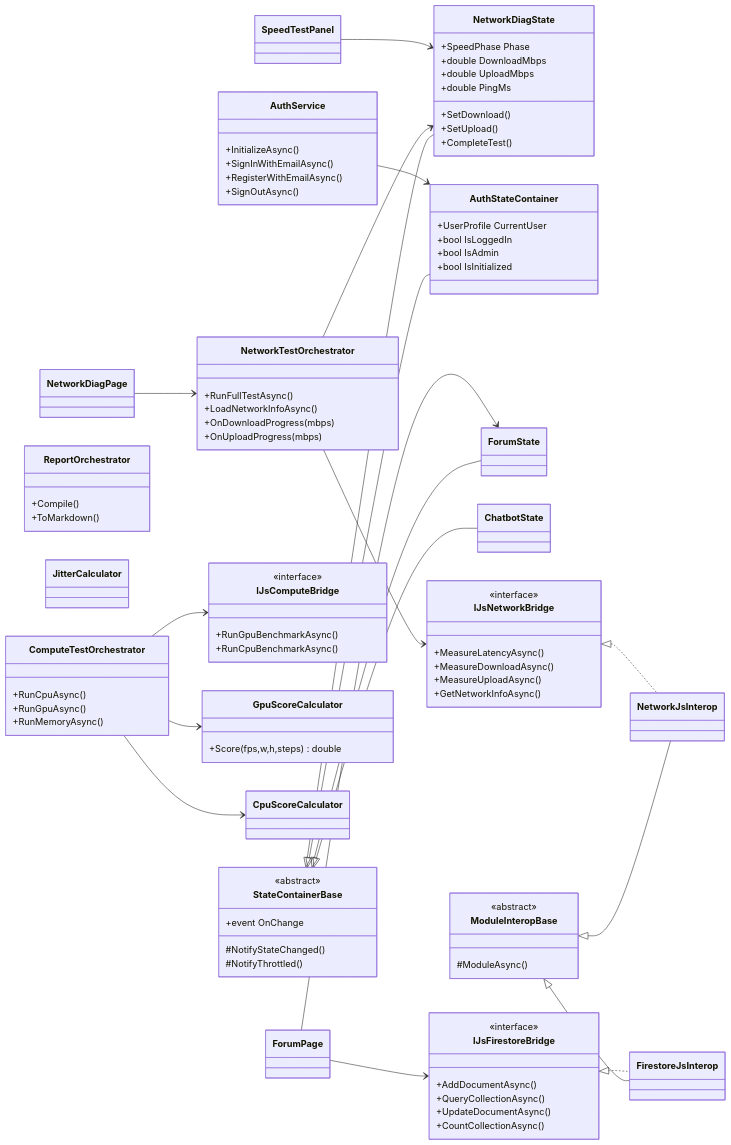
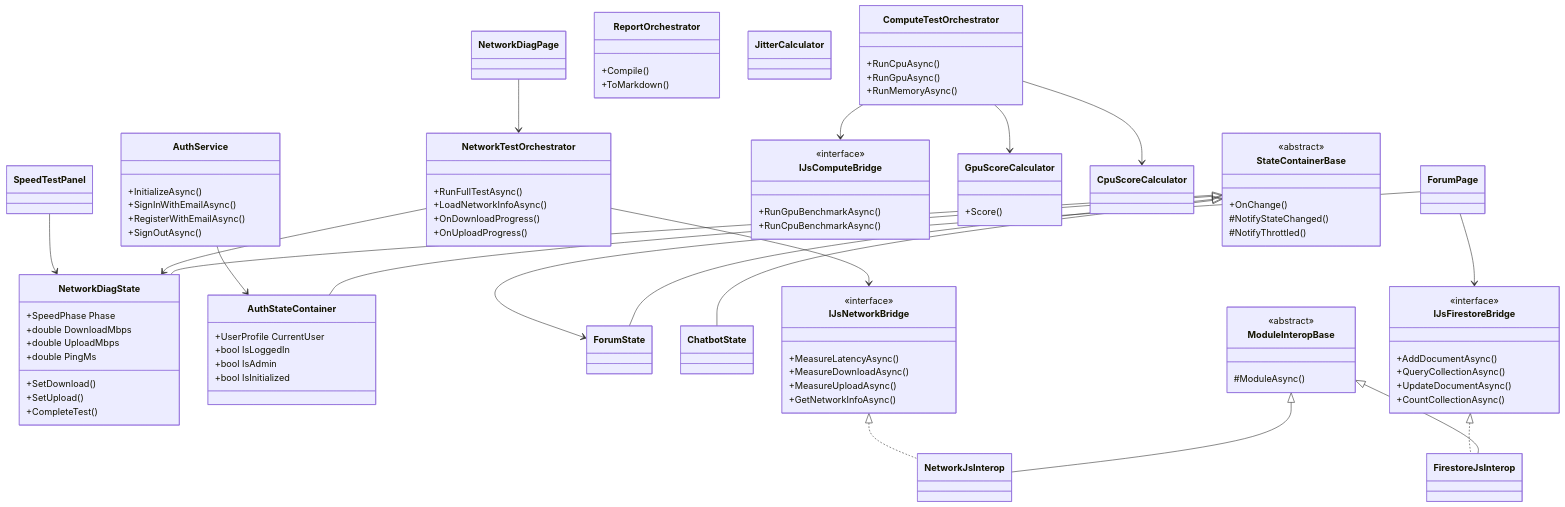
One commit to codeHannan/Hardware-Diagnostic-Platform-Blazor changed the fourth of 19 diagrams in DESIGN.md. Above: the diagram before and after it, drawn with Mermaid. The commit also changed other lines of this file and 38 other files, not shown here.

````diff
--- a/DESIGN.md
+++ b/DESIGN.md
@@ -408,13 +486,12 @@
 ```mermaid
 classDiagram
-    direction LR
-
     class StateContainerBase {
-        <<abstract>>
-        +event OnChange
+        +OnChange()
         #NotifyStateChanged()
         #NotifyThrottled()
     }
+    <<abstract>> StateContainerBase
+
     class NetworkDiagState {
         +SpeedPhase Phase
         +double DownloadMbps
@@ -436,8 +513,8 @@
     class NetworkTestOrchestrator {
         +RunFullTestAsync()
         +LoadNetworkInfoAsync()
-        +OnDownloadProgress(mbps)
-        +OnUploadProgress(mbps)
+        +OnDownloadProgress()
+        +OnUploadProgress()
     }
     class ComputeTestOrchestrator {
         +RunCpuAsync()
@@ -456,37 +533,37 @@
     }
 
     class IJsNetworkBridge {
-        <<interface>>
         +MeasureLatencyAsync()
         +MeasureDownloadAsync()
         +MeasureUploadAsync()
         +GetNetworkInfoAsync()
     }
+    <<interface>> IJsNetworkBridge
+
     class IJsFirestoreBridge {
-        <<interface>>
         +AddDocumentAsync()
         +QueryCollectionAsync()
         +UpdateDocumentAsync()
         +CountCollectionAsync()
     }
+    <<interface>> IJsFirestoreBridge
+
     class IJsComputeBridge {
-        <<interface>>
         +RunGpuBenchmarkAsync()
         +RunCpuBenchmarkAsync()
     }
+    <<interface>> IJsComputeBridge
+
     class ModuleInteropBase {
-        <<abstract>>
         #ModuleAsync()
     }
+    <<abstract>> ModuleInteropBase
+
     class NetworkJsInterop
     class FirestoreJsInterop
-
-    class GpuScoreCalculator {
-        +Score(fps,w,h,steps) double
-    }
+    class GpuScoreCalculator { +Score() }
     class CpuScoreCalculator
     class JitterCalculator
-
     class NetworkDiagPage
     class SpeedTestPanel
     class ForumPage
@@ -507,7 +584,6 @@
     ComputeTestOrchestrator --> GpuScoreCalculator
     ComputeTestOrchestrator --> CpuScoreCalculator
     AuthService --> AuthStateContainer
-
     NetworkDiagPage --> NetworkTestOrchestrator
     SpeedTestPanel --> NetworkDiagState
     ForumPage --> IJsFirestoreBridge
````
